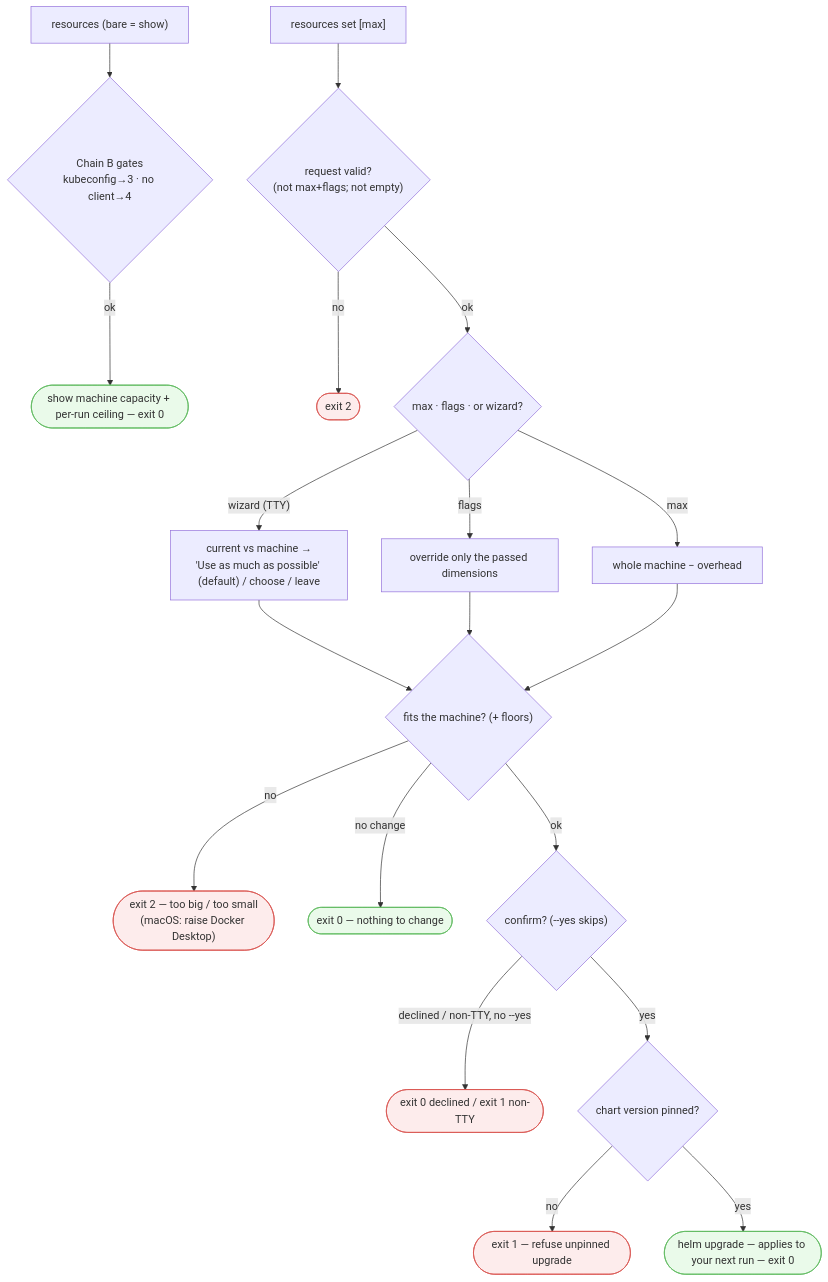
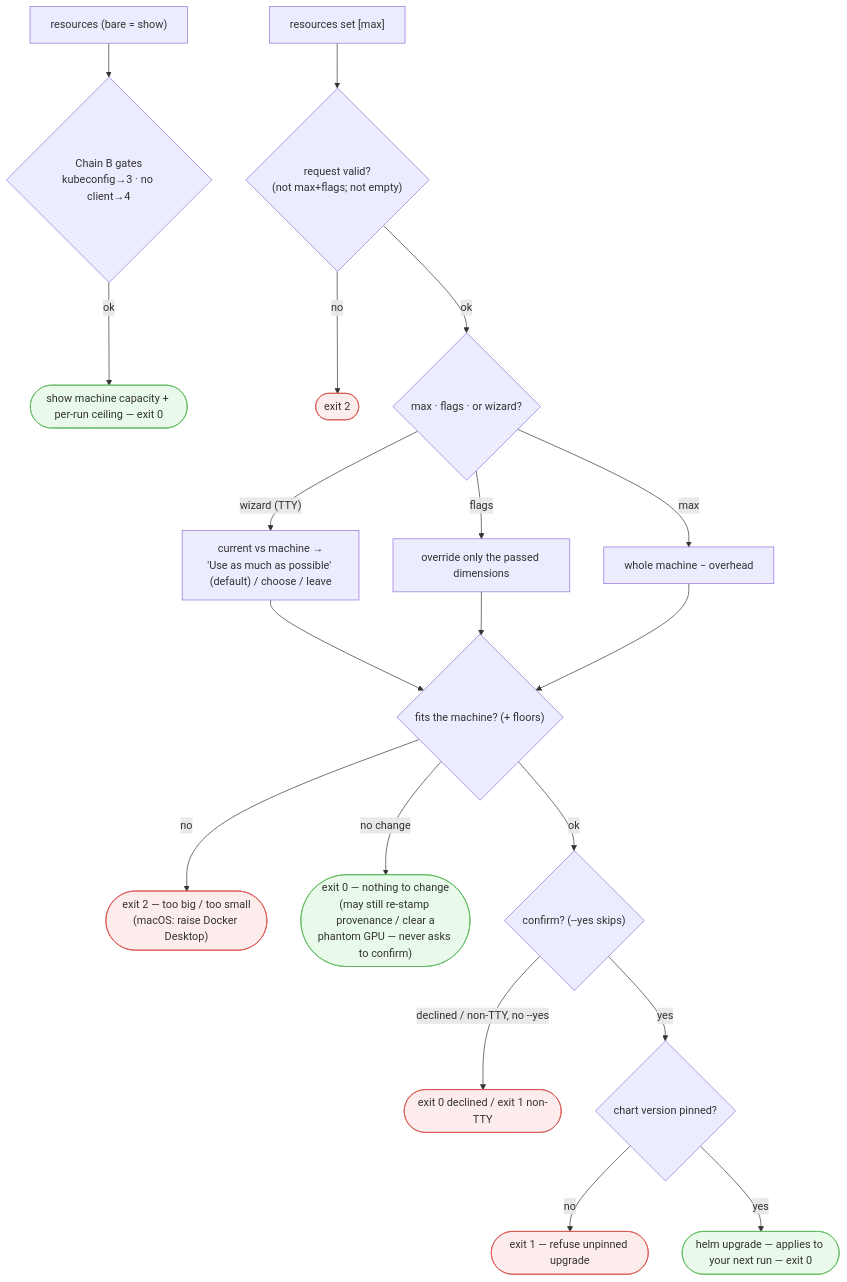
The fourth of 4 diagrams in docs/cli-navigation.md (tracebloc/cli), drawn with Mermaid before and after one commit. The commit also changed 2 other files, not shown here.

First paragraph of the commit message:
fix(resources): a same-ceiling `resources set` must not require --yes (cli#546)
Bugbot MEDIUM on the develop->staging promotion mirror (#540), against #539
(backend#2220).

````diff
--- a/docs/cli-navigation.md
+++ b/docs/cli-navigation.md
@@ -124,27 +124,27 @@
 ```mermaid
 flowchart TD
   R0["resources (bare = show)"] --> Rg{"Chain B gates<br/>kubeconfig→3 · no client→4"}
   Rg -->|ok| RS(["show machine capacity + per-run ceiling — exit 0"]):::ok
 
   RSET["resources set [max]"] --> RVsh{"request valid?<br/>(not max+flags; not empty)"}
   RVsh -->|no| re2a(["exit 2"]):::fail
   RVsh -->|ok| Rmode{"max · flags · or wizard?"}
   Rmode -->|"wizard (TTY)"| RW["current vs machine →<br/>'Use as much as possible' (default) / choose / leave"]
   Rmode -->|flags| RF["override only the passed dimensions"]
   Rmode -->|max| RM["whole machine − overhead"]
   RW --> FIT
   RF --> FIT
   RM --> FIT
 
   FIT{"fits the machine? (+ floors)"}
   FIT -->|no| re2b(["exit 2 — too big / too small<br/>(macOS: raise Docker Desktop)"]):::fail
-  FIT -->|"no change"| re0n(["exit 0 — nothing to change"]):::ok
+  FIT -->|"no change"| re0n(["exit 0 — nothing to change<br/>(may still re-stamp provenance / clear a<br/>phantom GPU — never asks to confirm)"]):::ok
   FIT -->|ok| CONF{"confirm? (--yes skips)"}
   CONF -->|"declined / non-TTY, no --yes"| re0c(["exit 0 declined / exit 1 non-TTY"]):::fail
   CONF -->|yes| PIN{"chart version pinned?"}
   PIN -->|no| re1(["exit 1 — refuse unpinned upgrade"]):::fail
   PIN -->|yes| APPLY(["helm upgrade — applies to your next run — exit 0"]):::ok
 
   classDef fail fill:#fdecec,stroke:#d9534f;
   classDef ok fill:#eafaea,stroke:#5cb85c;
 ```
````
